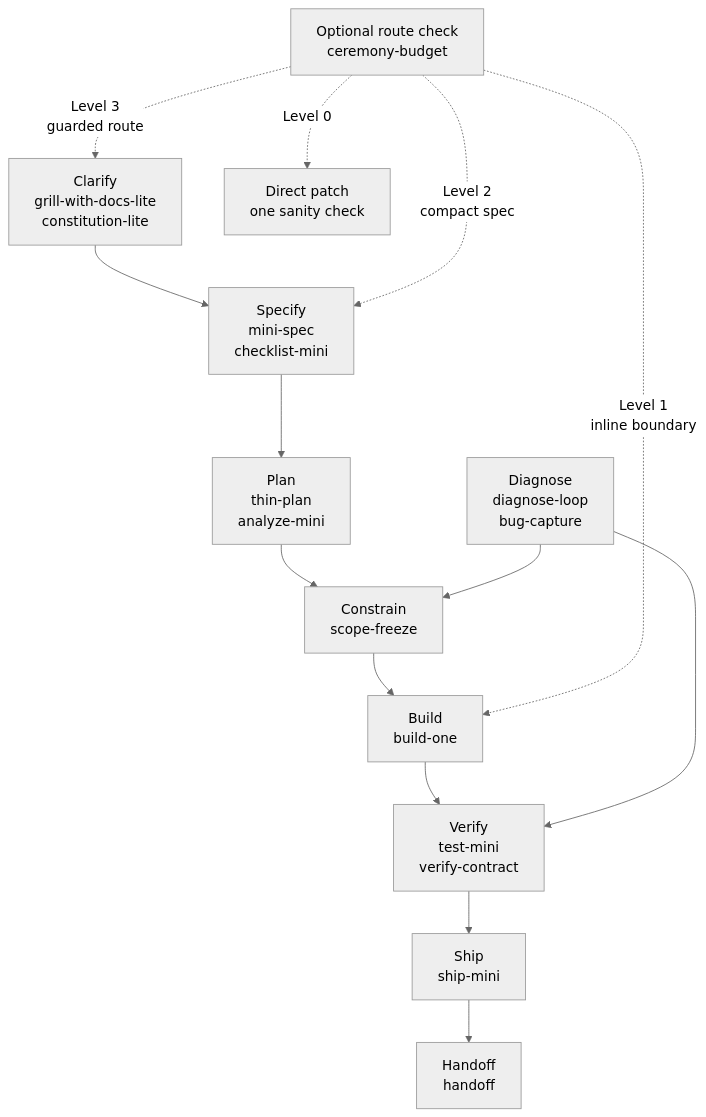
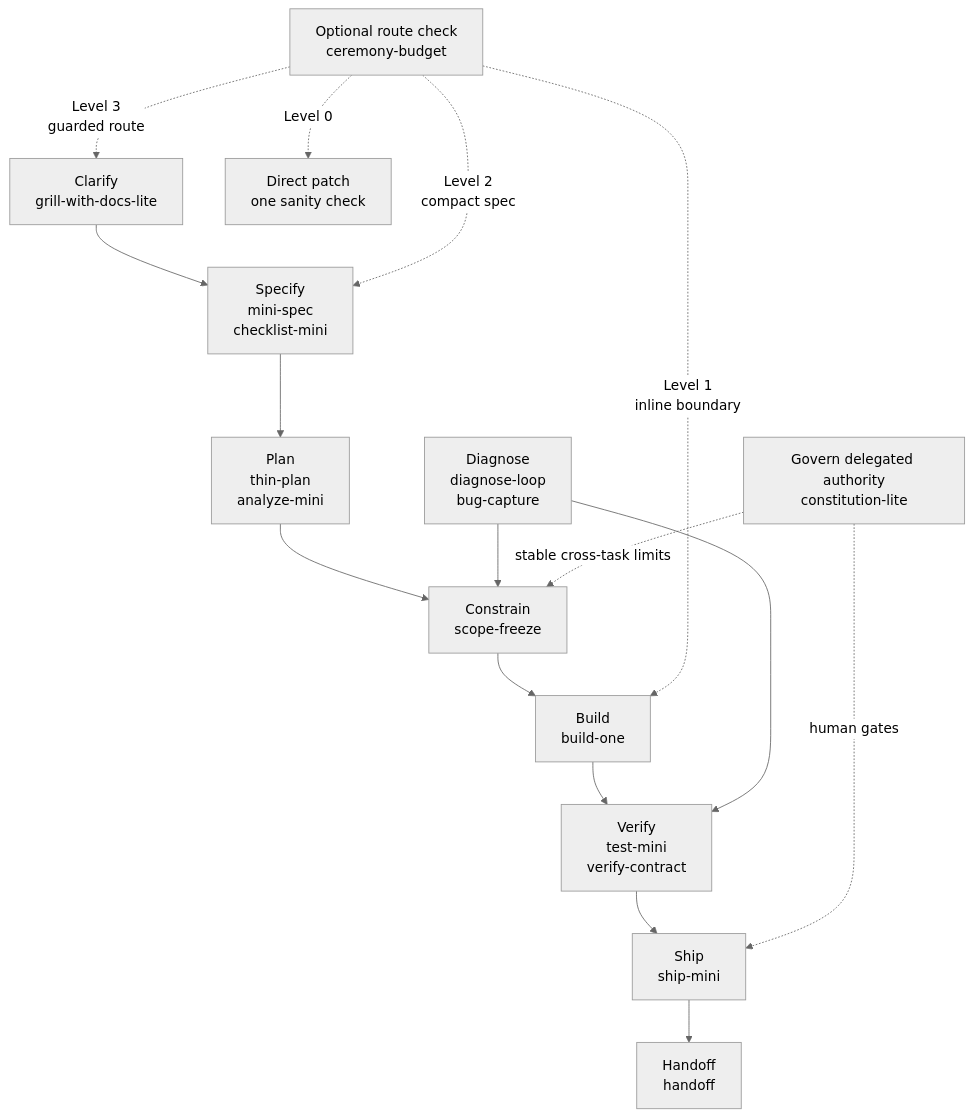
Before and after one commit to tmusser/ai-engineering-skills: the first of 2 diagrams in docs/skill-map.md, drawn with Mermaid (neutral theme). The commit also changed other lines of this file and 4 other files, not shown here.

First line of the commit message:
feat: narrow constitution to delegated authority (#18)

````diff
--- a/docs/skill-map.md
+++ b/docs/skill-map.md
@@ -7,16 +7,18 @@
 ```mermaid
 flowchart TD
-  A["Clarify<br/>grill-with-docs-lite<br/>constitution-lite"] --> B["Specify<br/>mini-spec<br/>checklist-mini"]
+  A["Clarify<br/>grill-with-docs-lite"] --> B["Specify<br/>mini-spec<br/>checklist-mini"]
   B --> C["Plan<br/>thin-plan<br/>analyze-mini"]
   C --> D["Constrain<br/>scope-freeze"]
   D --> E["Build<br/>build-one"]
   E --> F["Verify<br/>test-mini<br/>verify-contract"]
   F --> G["Ship<br/>ship-mini"]
   G --> H["Handoff<br/>handoff"]
   I["Diagnose<br/>diagnose-loop<br/>bug-capture"] --> D
   I --> F
   J["Optional route check<br/>ceremony-budget"] -. "Level 0" .-> P["Direct patch<br/>one sanity check"]
   J -. "Level 1<br/>inline boundary" .-> E
   J -. "Level 2<br/>compact spec" .-> B
   J -. "Level 3<br/>guarded route" .-> A
+  K["Govern delegated authority<br/>constitution-lite"] -. "stable cross-task limits" .-> D
+  K -. "human gates" .-> G
 ```
````
